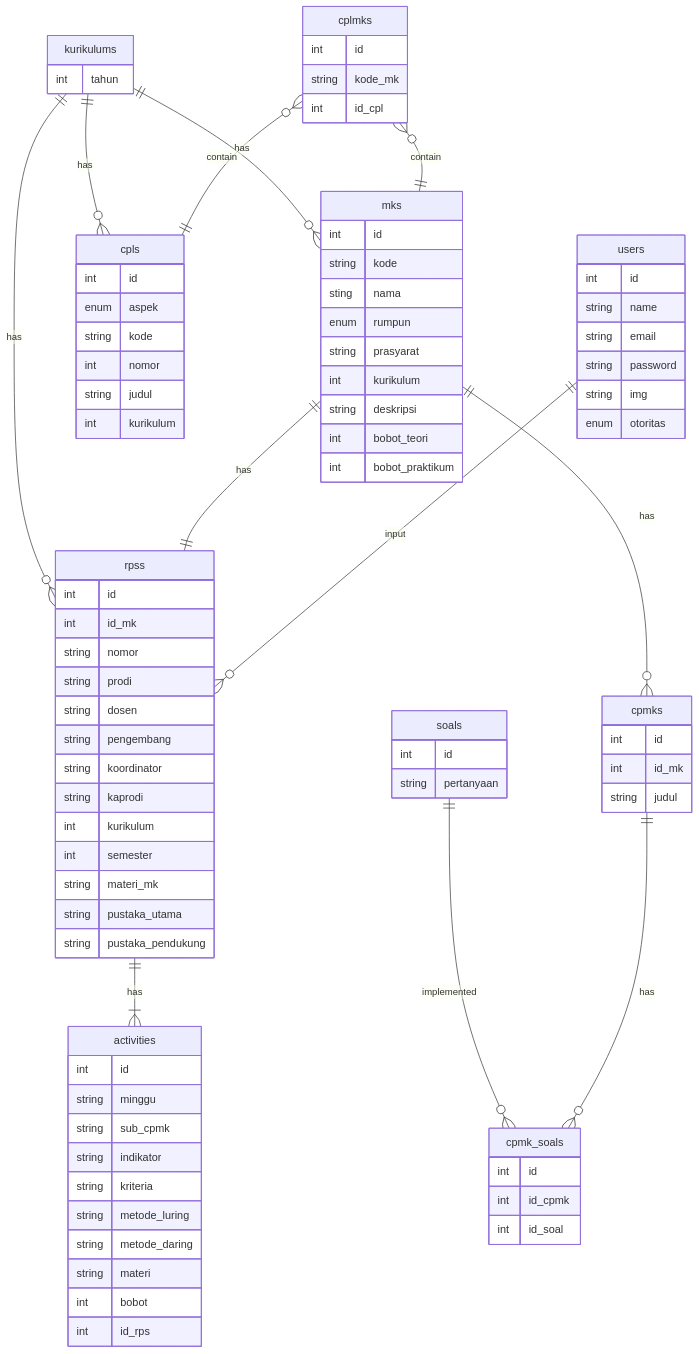
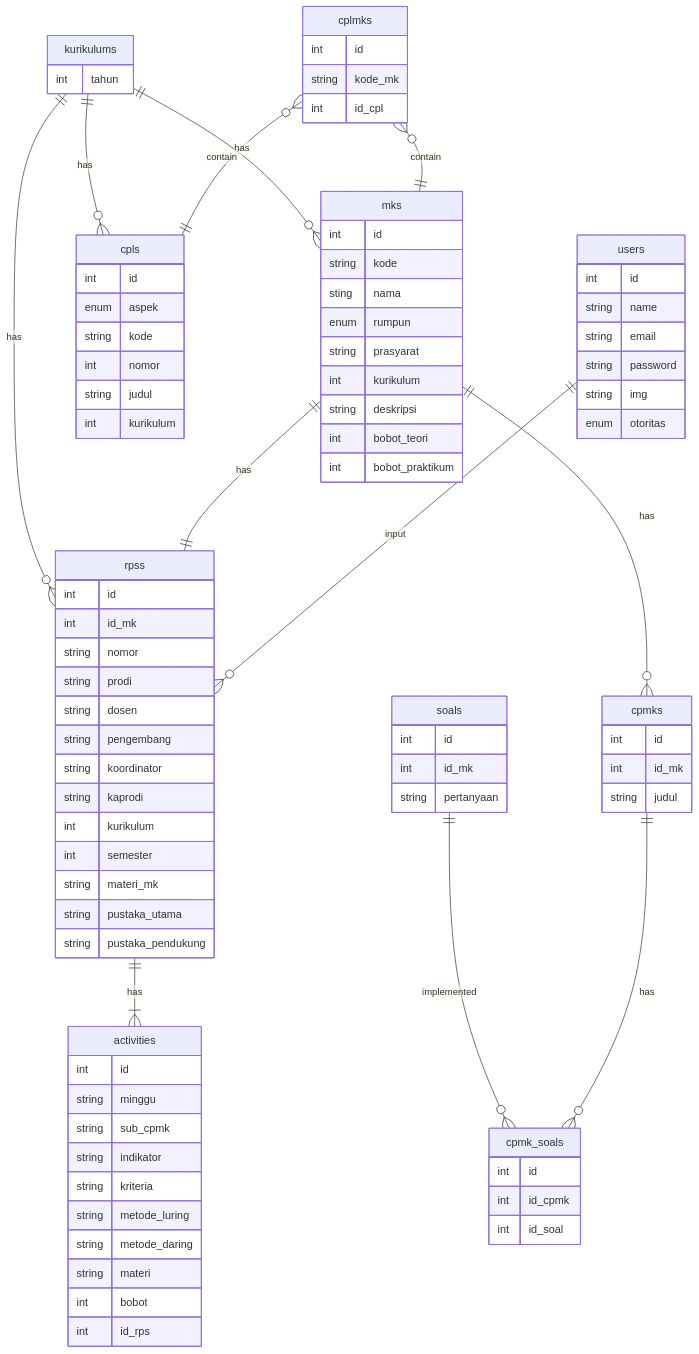
One commit to achieto/SMMP changed the diagram in README.md. Above: the diagram before and after it, drawn with Mermaid.

```diff
--- a/README.md
+++ b/README.md
@@ -82,6 +82,7 @@
           }
           soals {
             int id
+            int id_mk
             string pertanyaan
           }
           cpmk_soals {
```
